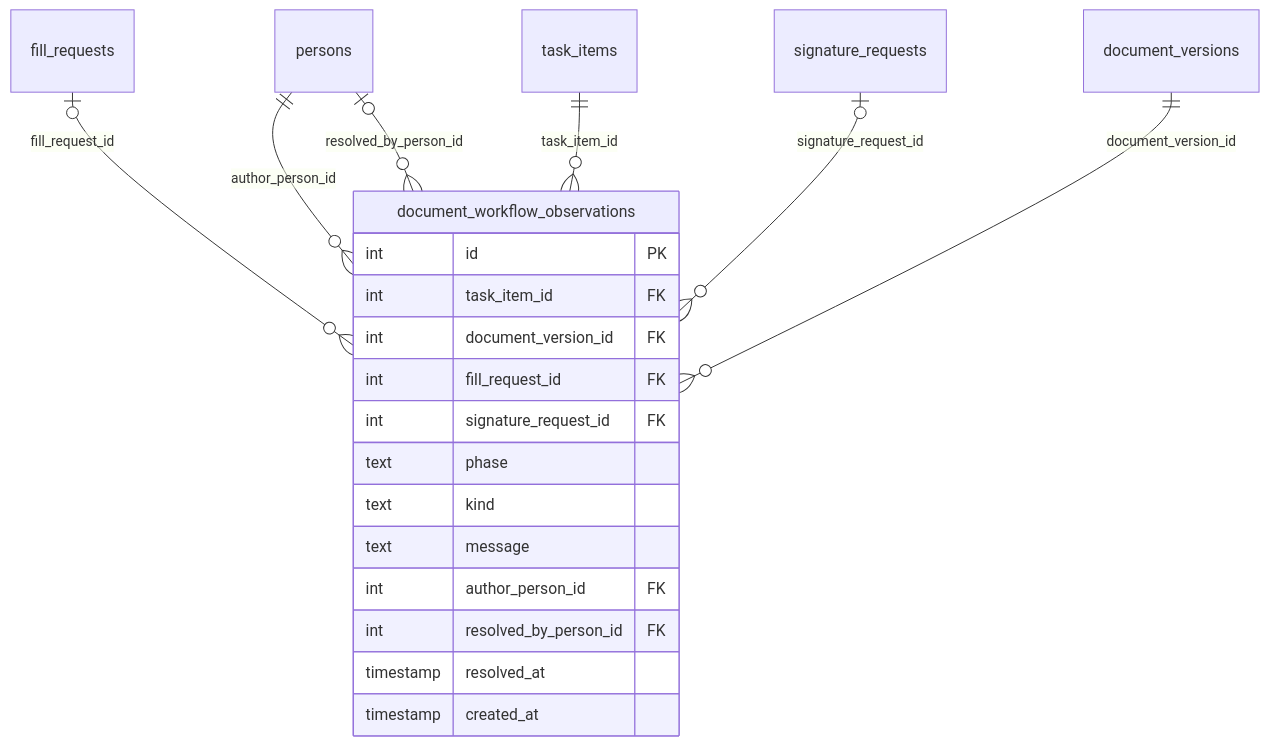
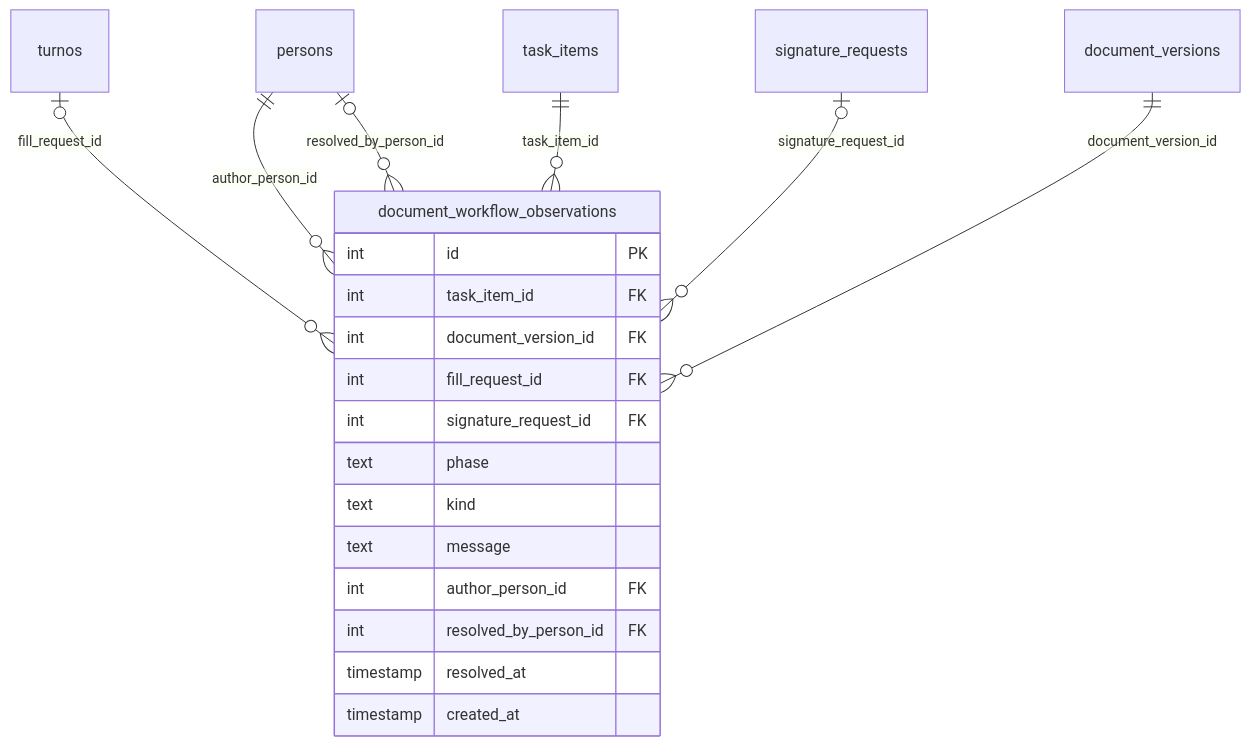
One commit to fresvel/deasy changed the tenth of 10 diagrams in docs/src/content/docs/modelo/mapa-con-campos.md. Above: the diagram before and after it, drawn with Mermaid. The commit also changed other lines of this file and 44 other files, not shown here.

````diff
--- a/docs/src/content/docs/modelo/mapa-con-campos.md
+++ b/docs/src/content/docs/modelo/mapa-con-campos.md
@@ -718,24 +718,24 @@
 ```mermaid
 erDiagram
   %% generado por scripts/docs/gen-mapa-campos.mjs: no se edita a mano
   document_workflow_observations {
     int id PK
     int task_item_id FK
     int document_version_id FK
     int fill_request_id FK
     int signature_request_id FK
     text phase
     text kind
     text message
     int author_person_id FK
     int resolved_by_person_id FK
     timestamp resolved_at
     timestamp created_at
   }
   persons ||--o{ document_workflow_observations : "author_person_id"
-  fill_requests |o--o{ document_workflow_observations : "fill_request_id"
+  turnos |o--o{ document_workflow_observations : "fill_request_id"
   task_items ||--o{ document_workflow_observations : "task_item_id"
   persons |o--o{ document_workflow_observations : "resolved_by_person_id"
   signature_requests |o--o{ document_workflow_observations : "signature_request_id"
   document_versions ||--o{ document_workflow_observations : "document_version_id"
 ```
````
